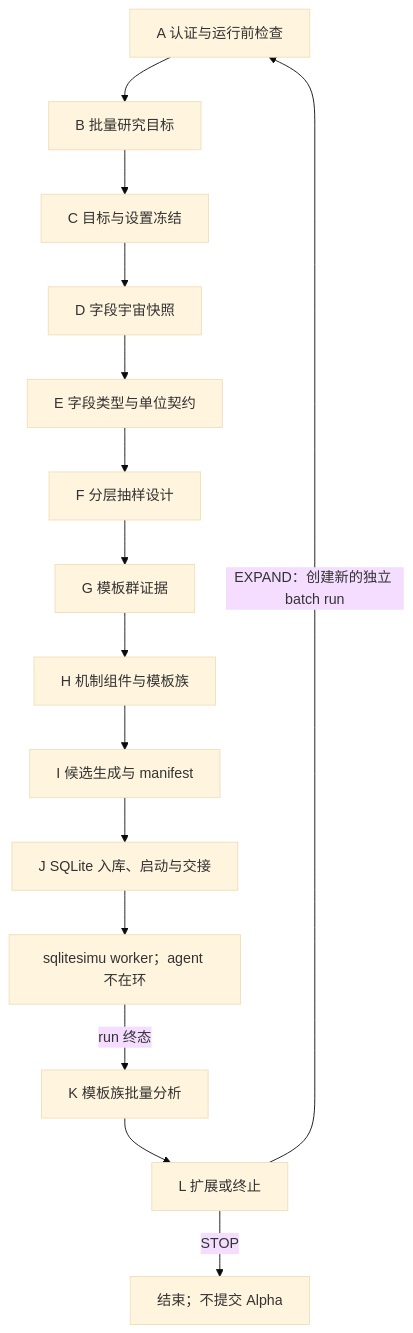
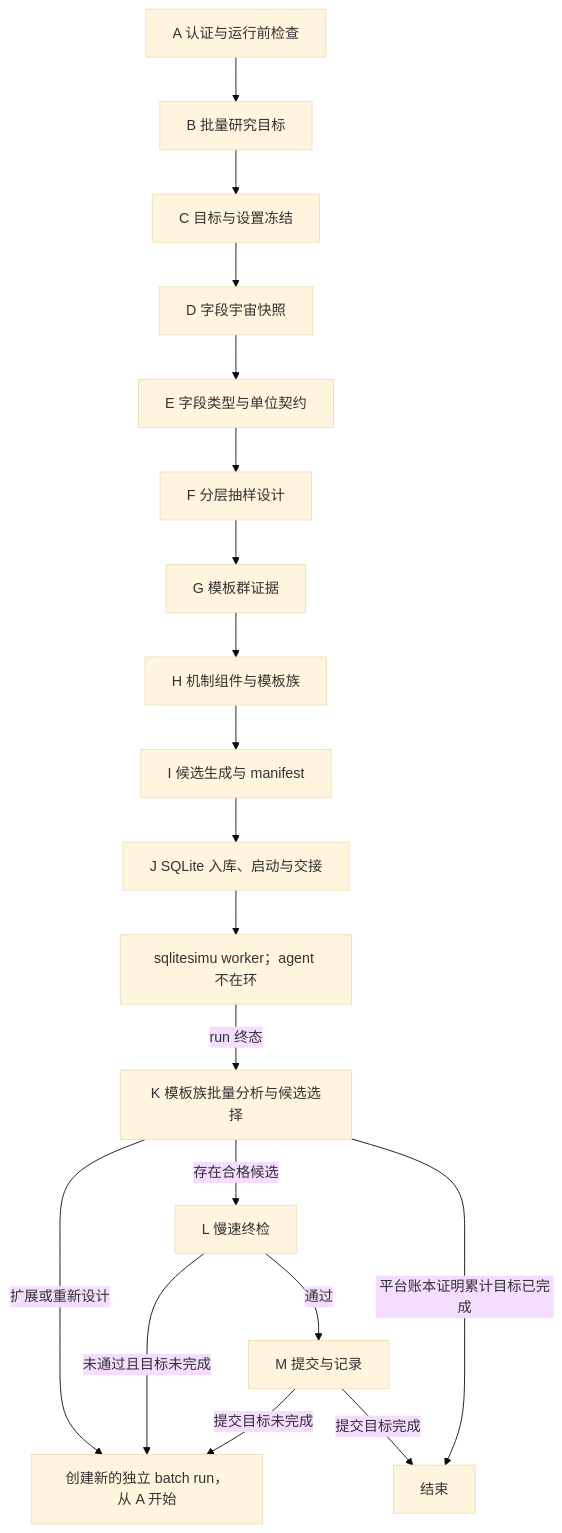
Before and after one commit to untuitivist/wqb_cli: the diagram in workflows/workflow_batchsimu/workflow_graph.md, drawn with Mermaid (base theme). The commit also changed other lines of this file and 17 other files, not shown here.

````diff
--- a/workflows/workflow_batchsimu/workflow_graph.md
+++ b/workflows/workflow_batchsimu/workflow_graph.md
@@ -42,17 +44,21 @@
 ```mermaid
 flowchart TD
     A["A 认证与运行前检查"] --> B["B 批量研究目标"]
     B --> C["C 目标与设置冻结"]
     C --> D["D 字段宇宙快照"]
     D --> E["E 字段类型与单位契约"]
     E --> F["F 分层抽样设计"]
     F --> G["G 模板群证据"]
     G --> H["H 机制组件与模板族"]
     H --> I["I 候选生成与 manifest"]
     I --> J["J SQLite 入库、启动与交接"]
     J --> W["sqlitesimu worker；agent 不在环"]
-    W -->|"run 终态"| K["K 模板族批量分析"]
-    K --> L["L 扩展或终止"]
-    L -->|"EXPAND：创建新的独立 batch run"| A
-    L -->|"STOP"| Z["结束；不提交 Alpha"]
+    W -->|"run 终态"| K["K 模板族批量分析与候选选择"]
+    K -->|"存在合格候选"| L["L 慢速终检"]
+    L -->|"通过"| M["M 提交与记录"]
+    K -->|"扩展或重新设计"| A2["创建新的独立 batch run，从 A 开始"]
+    L -->|"未通过且目标未完成"| A2
+    M -->|"提交目标未完成"| A2
+    M -->|"提交目标完成"| Z["结束"]
+    K -->|"平台账本证明累计目标已完成"| Z
 ```
````
